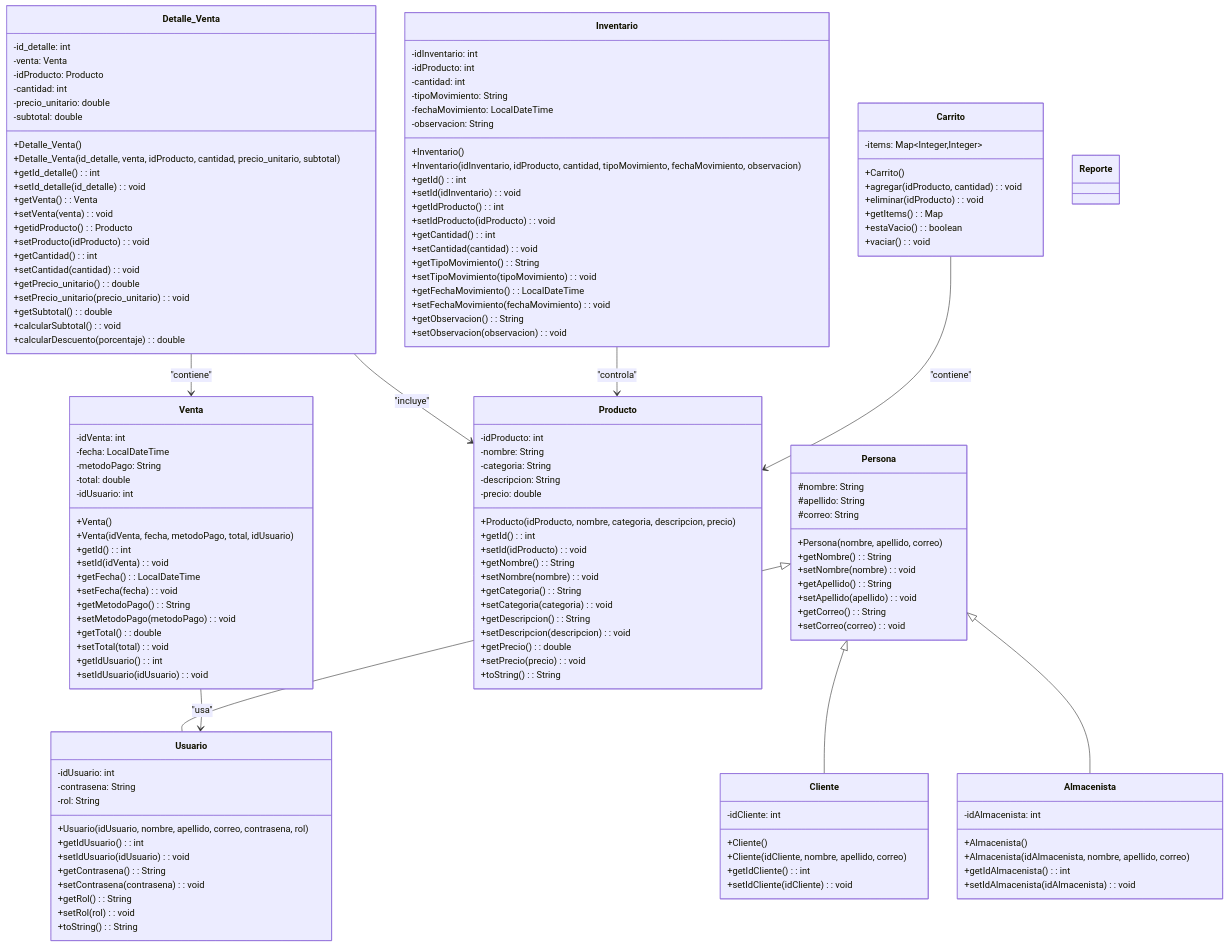
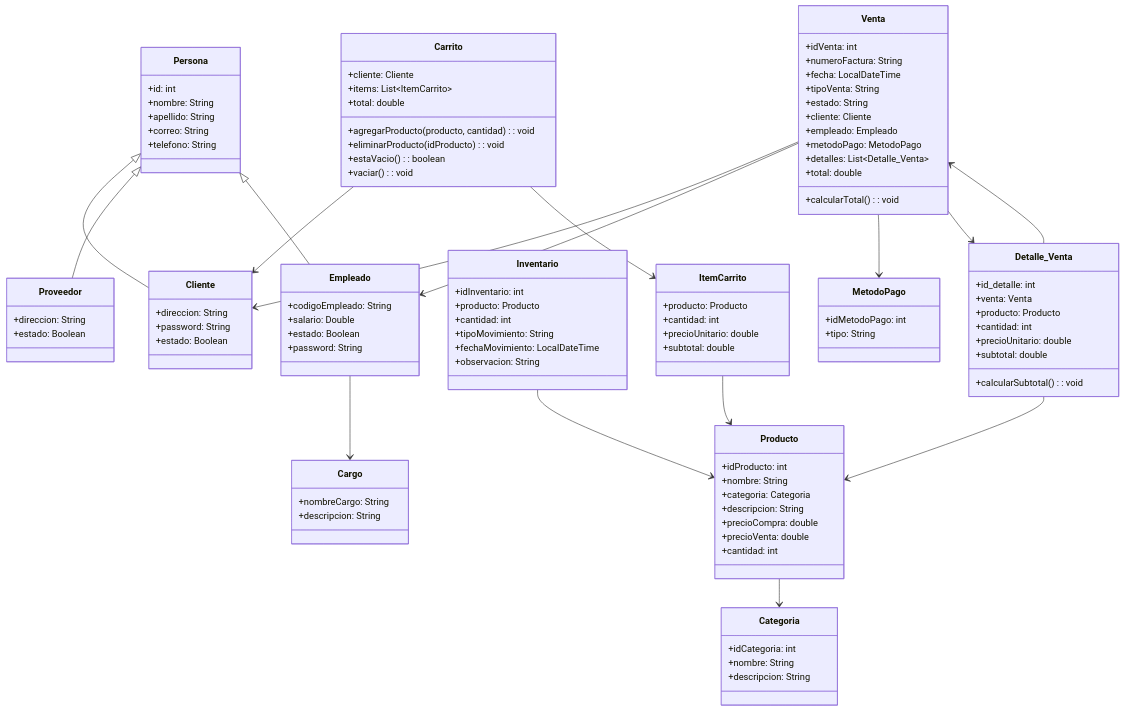
Before and after one commit to Jxxnes-GM/Proyecto-Integrador: the diagram in README.md, drawn with Mermaid. The commit also changed 3 other files, not shown here.

Commit message:
modificacion del diagrama UML en el archivo README.md

````diff
--- a/README.md
+++ b/README.md
@@ -9,154 +9,120 @@
 ```mermaid
 classDiagram
     class Persona {
-        #nombre: String
-        #apellido: String
-        #correo: String
-        +Persona(nombre, apellido, correo)
-        +getNombre(): String
-        +setNombre(nombre): void
-        +getApellido(): String
-        +setApellido(apellido): void
-        +getCorreo(): String
-        +setCorreo(correo): void
-    }
-
-    class Usuario {
-        -idUsuario: int
-        -contrasena: String
-        -rol: String
-        +Usuario(idUsuario, nombre, apellido, correo, contrasena, rol)
-        +getIdUsuario(): int
-        +setIdUsuario(idUsuario): void
-        +getContrasena(): String
-        +setContrasena(contrasena): void
-        +getRol(): String
-        +setRol(rol): void
-        +toString(): String
+        +id: int
+        +nombre: String
+        +apellido: String
+        +correo: String
+        +telefono: String
     }
 
     class Cliente {
-        -idCliente: int
-        +Cliente()
-        +Cliente(idCliente, nombre, apellido, correo)
-        +getIdCliente(): int
-        +setIdCliente(idCliente): void
+        +direccion: String
+        +password: String
+        +estado: Boolean
     }
 
-    class Almacenista {
-        -idAlmacenista: int
-        +Almacenista()
-        +Almacenista(idAlmacenista, nombre, apellido, correo)
-        +getIdAlmacenista(): int
-        +setIdAlmacenista(idAlmacenista): void
+    class Proveedor {
+        +direccion: String
+        +estado: Boolean
+    }
+
+    class Empleado {
+        +codigoEmpleado: String
+        +salario: Double
+        +estado: Boolean
+        +password: String
+    }
+
+    class Cargo {
+        +nombreCargo: String
+        +descripcion: String
+    }
+
+    class Categoria {
+        +idCategoria: int
+        +nombre: String
+        +descripcion: String
     }
 
     class Producto {
-        -idProducto: int
-        -nombre: String
-        -categoria: String
-        -descripcion: String
-        -precio: double
-        +Producto(idProducto, nombre, categoria, descripcion, precio)
-        +getId(): int
-        +setId(idProducto): void
-        +getNombre(): String
-        +setNombre(nombre): void
-        +getCategoria(): String
-        +setCategoria(categoria): void
-        +getDescripcion(): String
-        +setDescripcion(descripcion): void
-        +getPrecio(): double
-        +setPrecio(precio): void
-        +toString(): String
+        +idProducto: int
+        +nombre: String
+        +categoria: Categoria
+        +descripcion: String
+        +precioCompra: double
+        +precioVenta: double
+        +cantidad: int
     }
 
-    class Venta {
-        -idVenta: int
-        -fecha: LocalDateTime
-        -metodoPago: String
-        -total: double
-        -idUsuario: int
-        +Venta()
-        +Venta(idVenta, fecha, metodoPago, total, idUsuario)
-        +getId(): int
-        +setId(idVenta): void
-        +getFecha(): LocalDateTime
-        +setFecha(fecha): void
-        +getMetodoPago(): String
-        +setMetodoPago(metodoPago): void
-        +getTotal(): double
-        +setTotal(total): void
-        +getIdUsuario(): int
-        +setIdUsuario(idUsuario): void
+    class Inventario {
+        +idInventario: int
+        +producto: Producto
+        +cantidad: int
+        +tipoMovimiento: String
+        +fechaMovimiento: LocalDateTime
+        +observacion: String
     }
 
-    class Detalle_Venta {
-        -id_detalle: int
-        -venta: Venta
-        -idProducto: Producto
-        -cantidad: int
-        -precio_unitario: double
-        -subtotal: double
-        +Detalle_Venta()
-        +Detalle_Venta(id_detalle, venta, idProducto, cantidad, precio_unitario, subtotal)
-        +getId_detalle(): int
-        +setId_detalle(id_detalle): void
-        +getVenta(): Venta
-        +setVenta(venta): void
-        +getidProducto(): Producto
-        +setProducto(idProducto): void
-        +getCantidad(): int
-        +setCantidad(cantidad): void
-        +getPrecio_unitario(): double
-        +setPrecio_unitario(precio_unitario): void
-        +getSubtotal(): double
-        +calcularSubtotal(): void
-        +calcularDescuento(porcentaje): double
+    class MetodoPago {
+        +idMetodoPago: int
+        +tipo: String
     }
 
     class Carrito {
-        -items: Map~Integer,Integer~
-        +Carrito()
-        +agregar(idProducto, cantidad): void
-        +eliminar(idProducto): void
-        +getItems(): Map
+        +cliente: Cliente
+        +items: List~ItemCarrito~
+        +total: double
+        +agregarProducto(producto, cantidad): void
+        +eliminarProducto(idProducto): void
         +estaVacio(): boolean
         +vaciar(): void
     }
 
-    class Inventario {
-        -idInventario: int
-        -idProducto: int
-        -cantidad: int
-        -tipoMovimiento: String
-        -fechaMovimiento: LocalDateTime
-        -observacion: String
-        +Inventario()
-        +Inventario(idInventario, idProducto, cantidad, tipoMovimiento, fechaMovimiento, observacion)
-        +getId(): int
-        +setId(idInventario): void
-        +getIdProducto(): int
-        +setIdProducto(idProducto): void
-        +getCantidad(): int
-        +setCantidad(cantidad): void
-        +getTipoMovimiento(): String
-        +setTipoMovimiento(tipoMovimiento): void
-        +getFechaMovimiento(): LocalDateTime
-        +setFechaMovimiento(fechaMovimiento): void
-        +getObservacion(): String
-        +setObservacion(observacion): void
+    class ItemCarrito {
+        +producto: Producto
+        +cantidad: int
+        +precioUnitario: double
+        +subtotal: double
     }
 
-    class Reporte {
+    class Venta {
+        +idVenta: int
+        +numeroFactura: String
+        +fecha: LocalDateTime
+        +tipoVenta: String
+        +estado: String
+        +cliente: Cliente
+        +empleado: Empleado
+        +metodoPago: MetodoPago
+        +detalles: List~Detalle_Venta~
+        +total: double
+        +calcularTotal(): void
     }
 
-    Persona <|-- Usuario
+    class Detalle_Venta {
+        +id_detalle: int
+        +venta: Venta
+        +producto: Producto
+        +cantidad: int
+        +precioUnitario: double
+        +subtotal: double
+        +calcularSubtotal(): void
+    }
+
     Persona <|-- Cliente
-    Persona <|-- Almacenista
-    Venta --> Usuario : "usa"
-    Detalle_Venta --> Venta : "contiene"
-    Detalle_Venta --> Producto : "incluye"
-    Inventario --> Producto : "controla"
-    Carrito --> Producto : "contiene"
+    Persona <|-- Proveedor
+    Persona <|-- Empleado
+    Empleado --> Cargo
+    Producto --> Categoria
+    Inventario --> Producto
+    Carrito --> Cliente
+    Carrito --> ItemCarrito
+    ItemCarrito --> Producto
+    Venta --> Cliente
+    Venta --> Empleado
+    Venta --> MetodoPago
+    Venta --> Detalle_Venta
+    Detalle_Venta --> Producto
+    Detalle_Venta --> Venta
 ```
````
